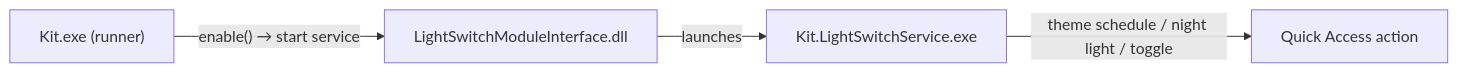
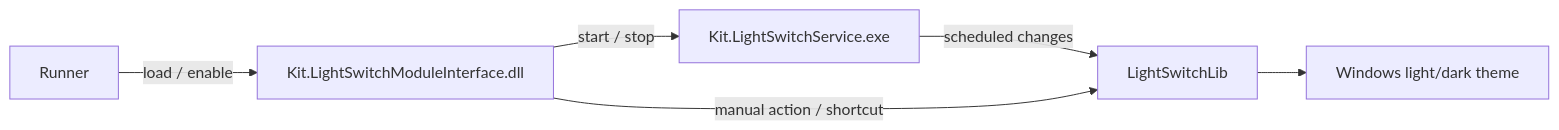
Before and after one commit to guijianchou/Kit: the third of 7 diagrams in README.md, drawn with Mermaid. The commit also changed other lines of this file and 3 other files, not shown here.

````diff
--- a/README.md
+++ b/README.md
@@ -129,9 +113,8 @@
 ```mermaid
 flowchart LR
-    R["Kit.exe (runner)"]
-    MI["LightSwitchModuleInterface.dll"]
-    LS["Kit.LightSwitchService.exe"]
-    R -->|"enable() → start service"| MI
-    MI -->|"launches"| LS
-    LS -->|"theme schedule / night light / toggle"| QA["Quick Access action"]
+    R["Runner"] -->|"load / enable"| MI["Kit.LightSwitchModuleInterface.dll"]
+    MI -->|"start / stop"| S["Kit.LightSwitchService.exe"]
+    S -->|"scheduled changes"| LIB["LightSwitchLib"]
+    MI -->|"manual action / shortcut"| LIB
+    LIB --> OS["Windows light/dark theme"]
 ```
````
